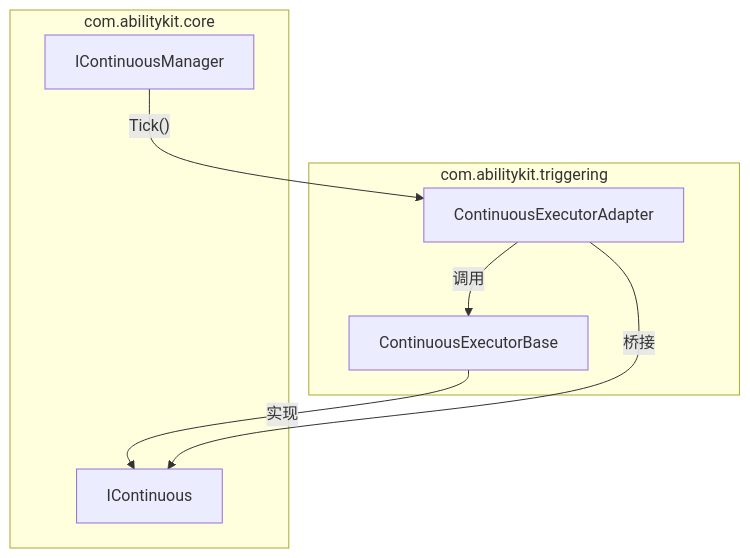
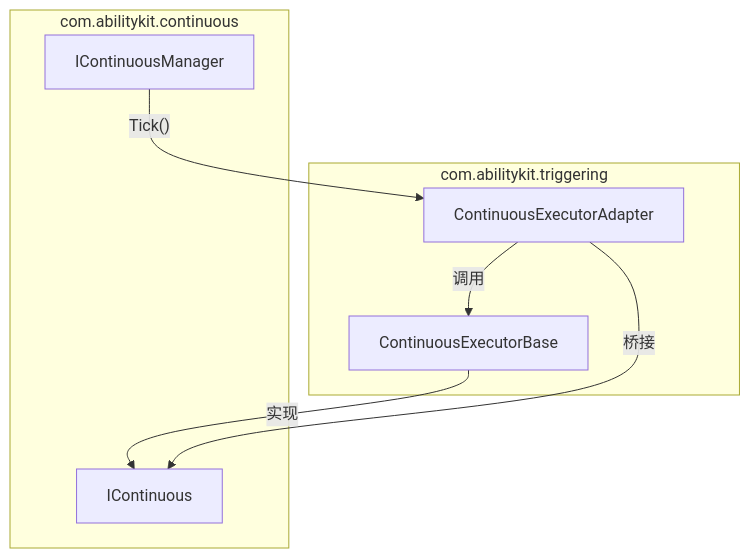
Before and after one commit to HOBOBO/AbilityKit: the second of 3 diagrams in Docs/design/08-GameplayModules/11-ContinuousFrameworkDesign.md, drawn with Mermaid. The commit also changed other lines of this file and 537 other files, not shown here.

````diff
--- a/Docs/design/08-GameplayModules/11-ContinuousFrameworkDesign.md
+++ b/Docs/design/08-GameplayModules/11-ContinuousFrameworkDesign.md
@@ -510,18 +550,18 @@
 ```mermaid
 flowchart TB
     subgraph Triggering["com.abilitykit.triggering"]
         CE["ContinuousExecutorBase<TCtx>"]
         CEA["ContinuousExecutorAdapter<TCtx>"]
     end
 
-    subgraph ContinuousCore["com.abilitykit.core"]
+    subgraph ContinuousCore["com.abilitykit.continuous"]
         IC["IContinuous"]
         ICM["IContinuousManager"]
     end
 
     CE -->|"实现"| IC
     CEA -->|"桥接"| IC
 
     ICM -->|"Tick()"| CEA
     CEA -->|"调用"| CE
 ```
````
